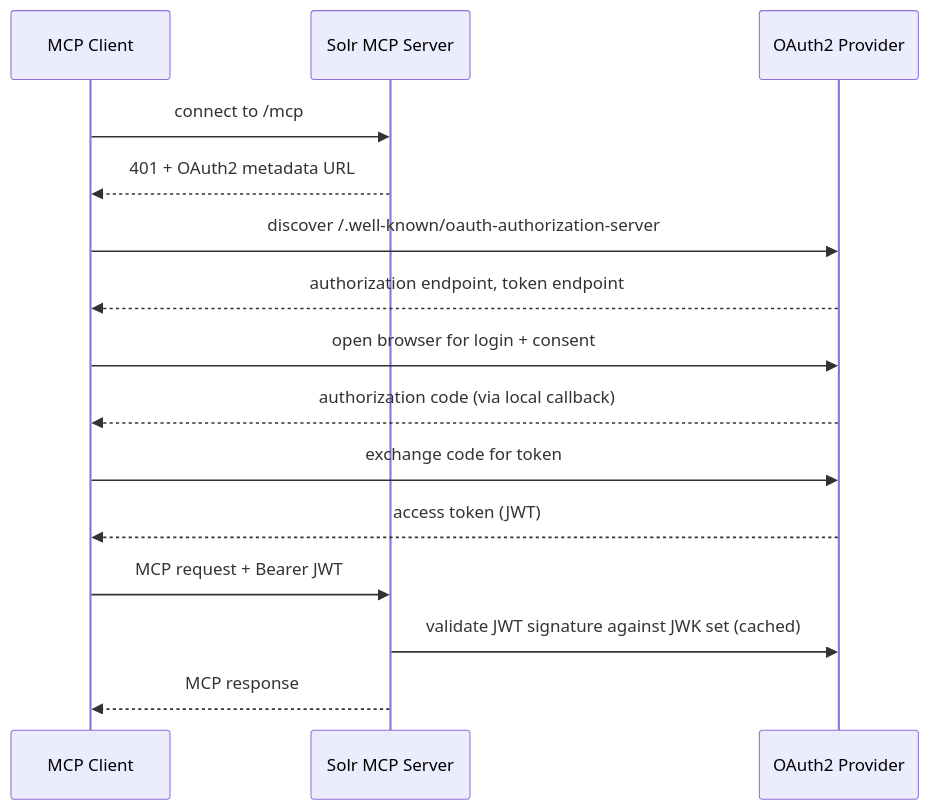
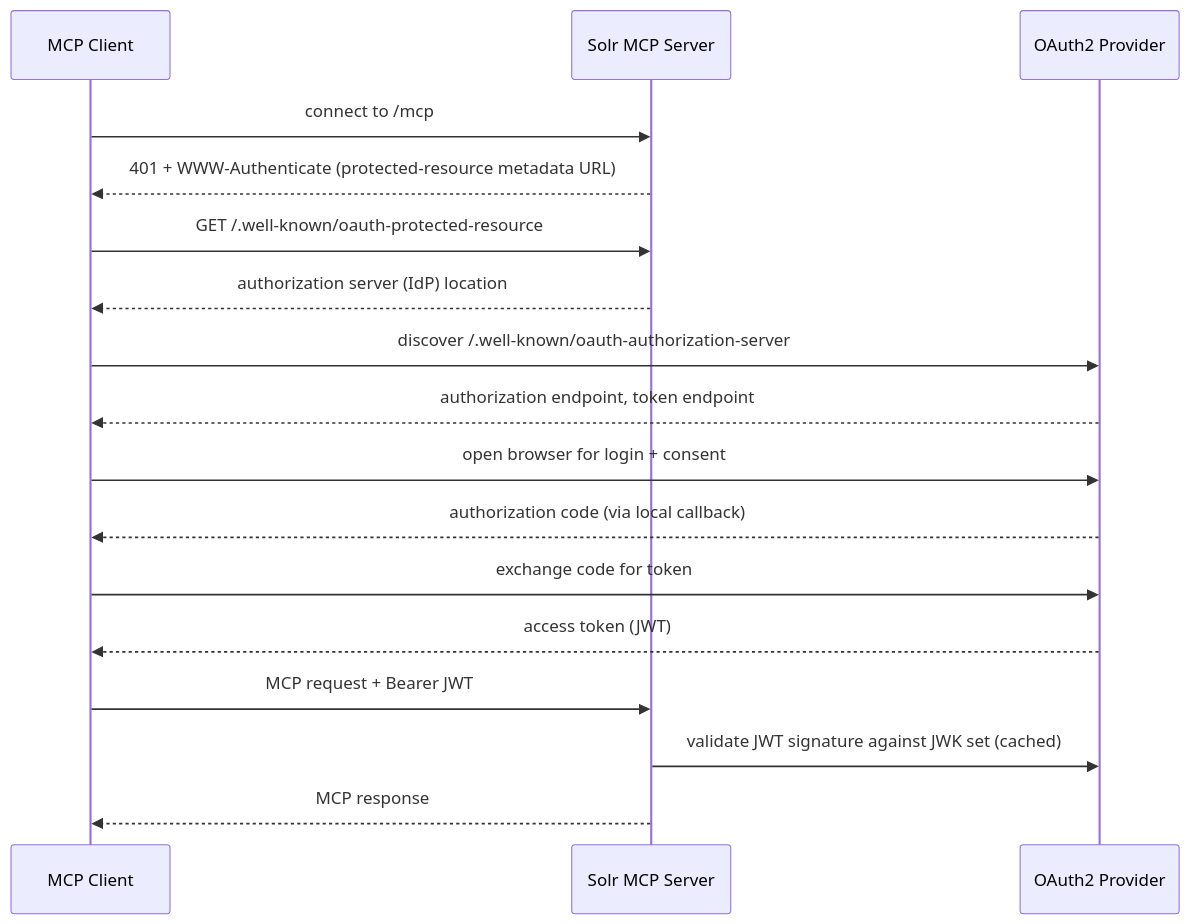
Before and after one commit to adityamparikh/solr-handbook: the seventh of 9 diagrams in chapters/06-mcp.qmd, drawn with Mermaid. The commit also changed other lines of this file, not shown here.

First line of the commit message:
docs(mcp): add diagrams, a Skills-vs-MCP section, and the Spring Boot 4 / Spring AI 2 upgrade

````diff
--- a/chapters/06-mcp.qmd
+++ b/chapters/06-mcp.qmd
@@ -560,19 +685,21 @@
 ```{mermaid}
 %%| label: fig-06-mcp-oauth2-flow
 %%| fig-cap: "The OAuth2 discovery and JWT-validation flow an MCP client follows to authenticate against the HTTP-mode Solr MCP server through any OIDC provider."
 sequenceDiagram
     participant Client as MCP Client
     participant Server as Solr MCP Server
     participant IdP as OAuth2 Provider
     Client->>Server: connect to /mcp
-    Server-->>Client: 401 + OAuth2 metadata URL
+    Server-->>Client: 401 + WWW-Authenticate (protected-resource metadata URL)
+    Client->>Server: GET /.well-known/oauth-protected-resource
+    Server-->>Client: authorization server (IdP) location
     Client->>IdP: discover /.well-known/oauth-authorization-server
     IdP-->>Client: authorization endpoint, token endpoint
     Client->>IdP: open browser for login + consent
     IdP-->>Client: authorization code (via local callback)
     Client->>IdP: exchange code for token
     IdP-->>Client: access token (JWT)
     Client->>Server: MCP request + Bearer JWT
     Server->>IdP: validate JWT signature against JWK set (cached)
     Server-->>Client: MCP response
 ```
````
